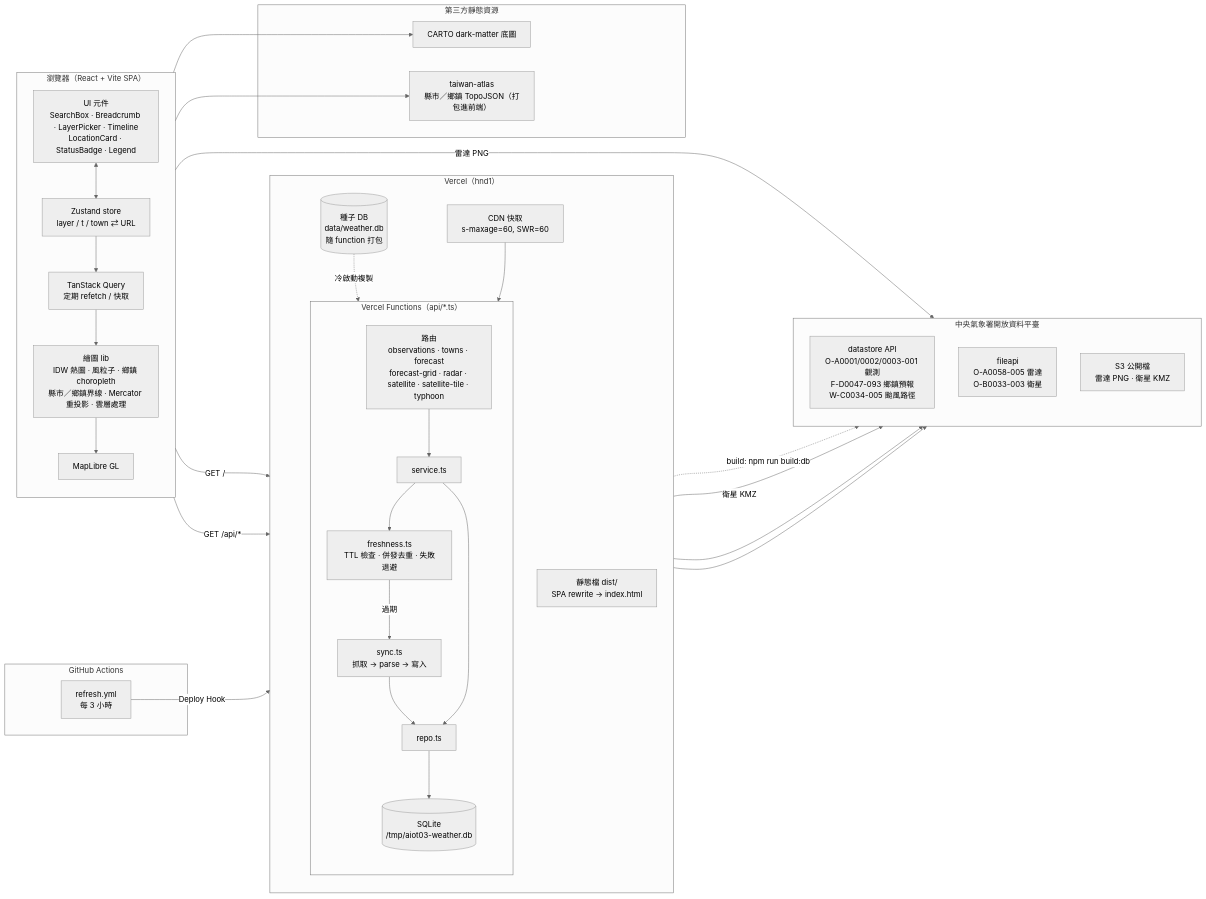
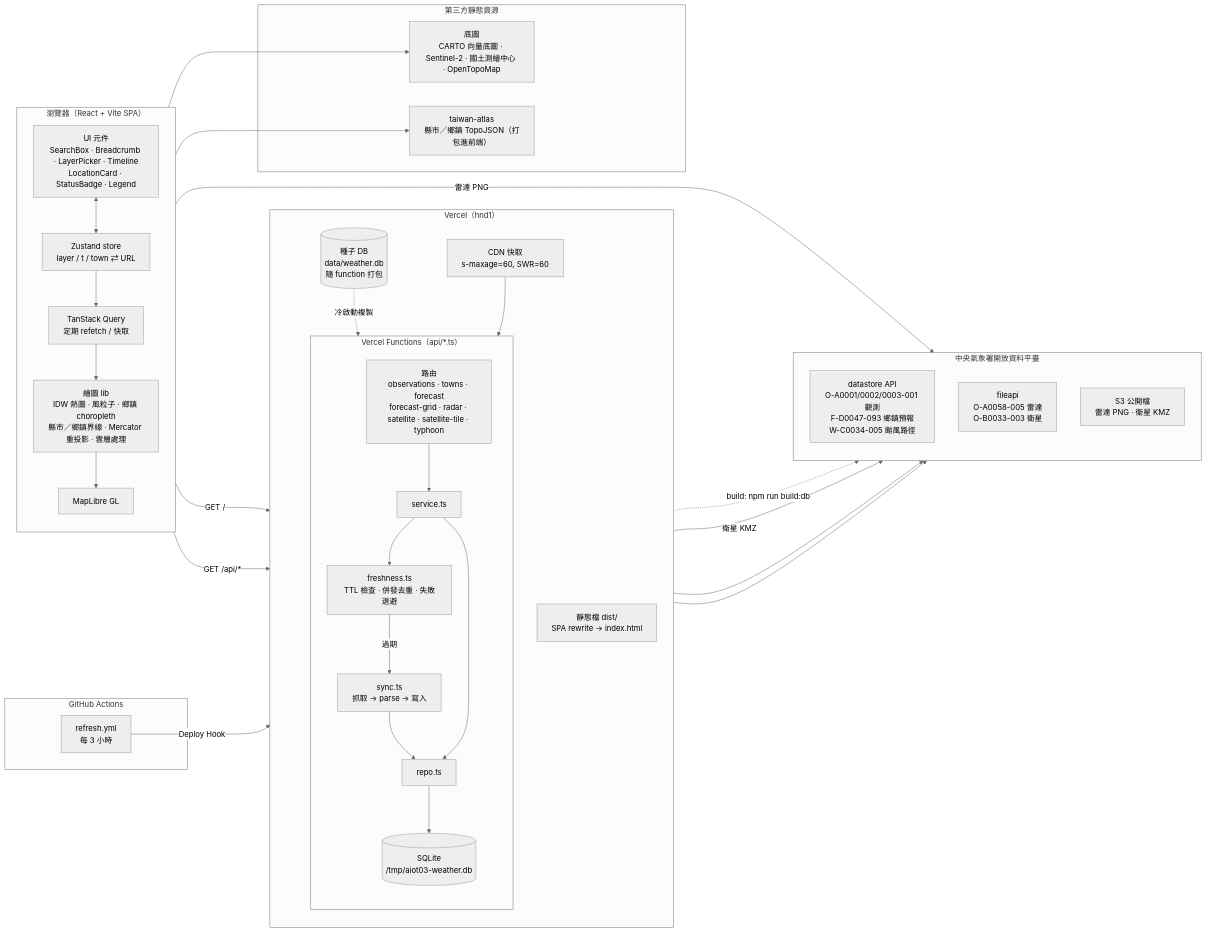
Before and after one commit to anjyuelee/aiot03: the first of 3 diagrams in README.md, drawn with Mermaid (neutral theme). The commit also changed other lines of this file and 15 other files, not shown here.

````diff
--- a/README.md
+++ b/README.md
@@ -43,62 +44,62 @@
 ```mermaid
 flowchart LR
   subgraph Browser["瀏覽器（React + Vite SPA）"]
     direction TB
     UI["UI 元件<br/>SearchBox · Breadcrumb · LayerPicker · Timeline<br/>LocationCard · StatusBadge · Legend"]
     Store["Zustand store<br/>layer / t / town ⇄ URL"]
     Query["TanStack Query<br/>定期 refetch / 快取"]
     Render["繪圖 lib<br/>IDW 熱圖 · 風粒子 · 鄉鎮 choropleth<br/>縣市／鄉鎮界線 · Mercator 重投影 · 雲層處理"]
     Map["MapLibre GL"]
     UI <--> Store
     Store --> Query
     Query --> Render --> Map
   end
 
   subgraph Vercel["Vercel（hnd1）"]
     direction TB
     Static["靜態檔 dist/<br/>SPA rewrite → index.html"]
     CDN["CDN 快取<br/>s-maxage=60, SWR=60"]
     subgraph Fn["Vercel Functions（api/*.ts）"]
       direction TB
       API["路由<br/>observations · towns · forecast<br/>forecast-grid · radar · satellite · satellite-tile · typhoon"]
       Service["service.ts"]
       Fresh["freshness.ts<br/>TTL 檢查 · 併發去重 · 失敗退避"]
       Sync["sync.ts<br/>抓取 → parse → 寫入"]
       Repo["repo.ts"]
       TmpDB[("SQLite<br/>/tmp/aiot03-weather.db")]
       API --> Service --> Fresh
       Fresh -- 過期 --> Sync --> Repo
       Service --> Repo --> TmpDB
     end
     Seed[("種子 DB<br/>data/weather.db<br/>隨 function 打包")]
     Seed -. 冷啟動複製 .-> TmpDB
     CDN --> API
   end
 
   subgraph CWA["中央氣象署開放資料平臺"]
     direction TB
     DS["datastore API<br/>O-A0001/0002/0003-001 觀測<br/>F-D0047-093 鄉鎮預報<br/>W-C0034-005 颱風路徑"]
     FA["fileapi<br/>O-A0058-005 雷達<br/>O-B0033-003 衛星"]
     S3["S3 公開檔<br/>雷達 PNG · 衛星 KMZ"]
   end
 
   subgraph Ext["第三方靜態資源"]
-    Carto["CARTO dark-matter 底圖"]
+    Carto["底圖<br/>CARTO 向量底圖 · Sentinel-2 · 國土測繪中心 · OpenTopoMap"]
     Atlas["taiwan-atlas<br/>縣市／鄉鎮 TopoJSON（打包進前端）"]
   end
 
   subgraph CI["GitHub Actions"]
     Cron["refresh.yml<br/>每 3 小時"]
   end
 
   Browser -- "GET /" --> Static
   Query -- "GET /api/*" --> CDN
   Map --> Carto
   Render --> Atlas
   Render -- "雷達 PNG" --> S3
   Sync --> DS
   Sync --> FA
   Sync -- "衛星 KMZ" --> S3
   Cron -- "Deploy Hook" --> Vercel
   Vercel -. "build: npm run build:db" .-> CWA
 ```
````
